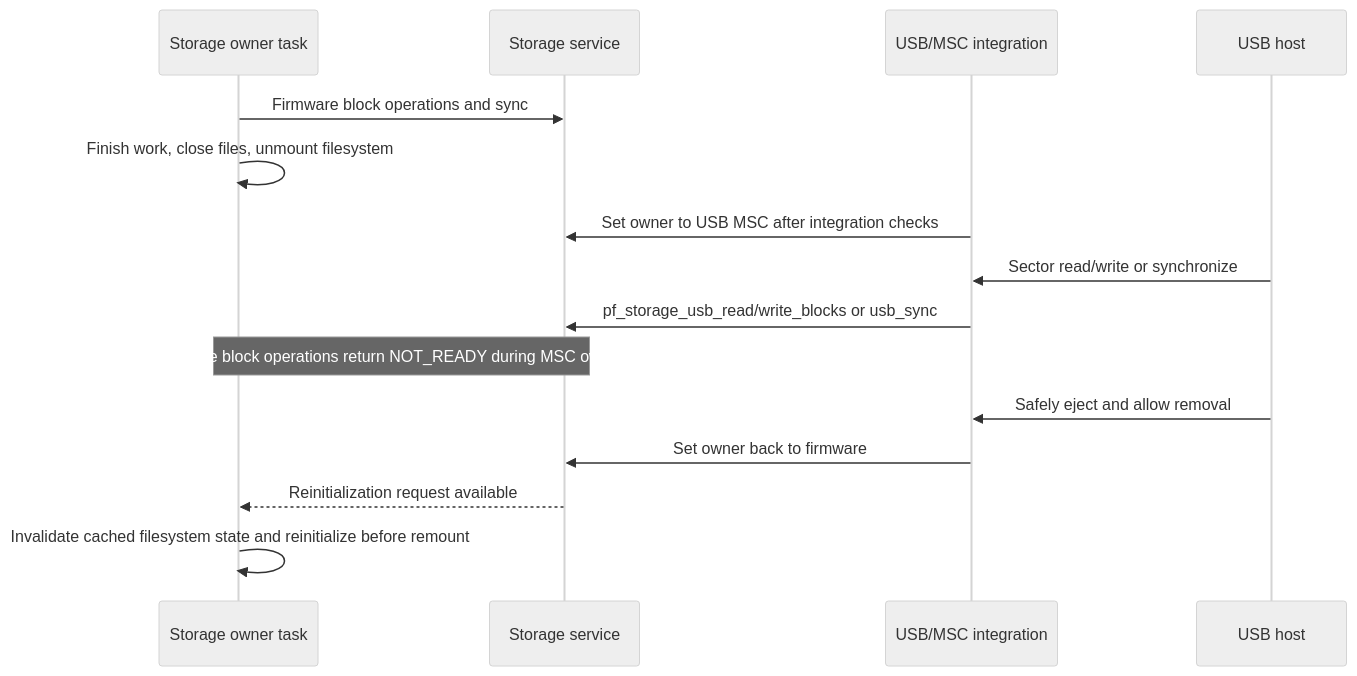
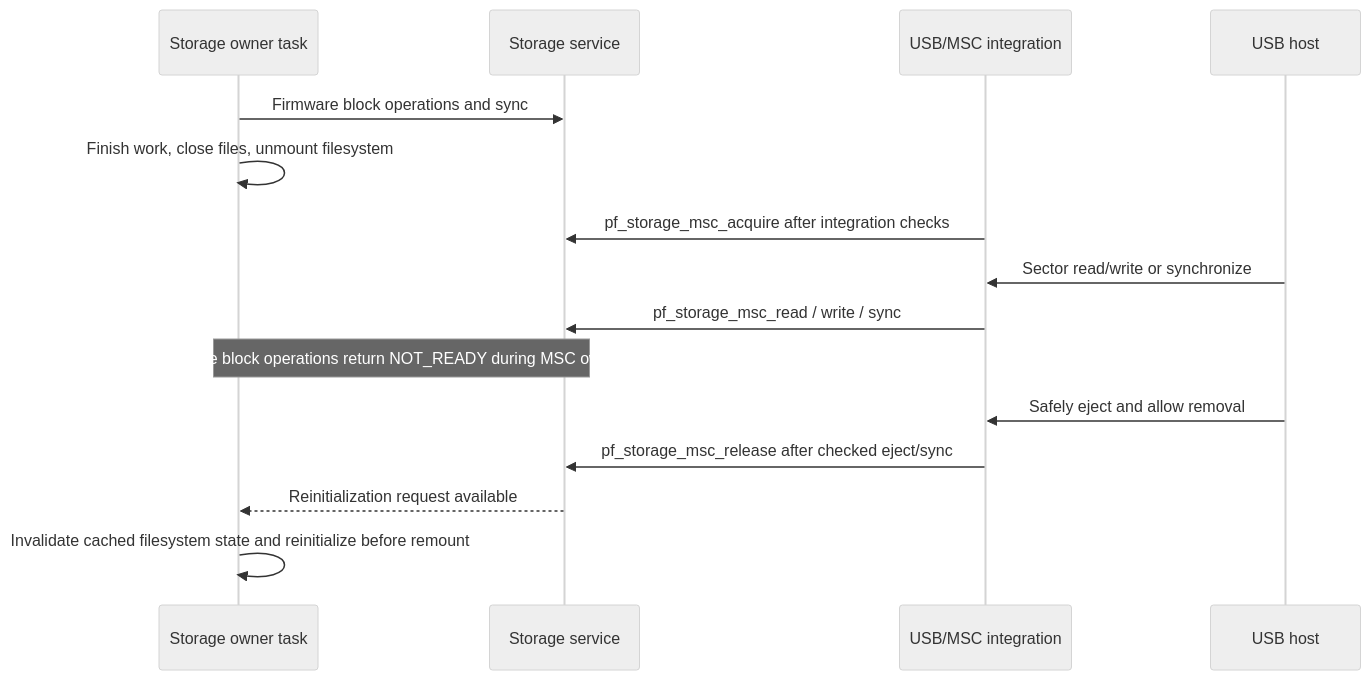
The fifth of 5 diagrams in docs/design/sdcard/sdcard-driver-design.md (djwinter29-oss/PicoForge), drawn with Mermaid (neutral theme) before and after one commit. The commit also changed other lines of this file and 63 other files, not shown here.

````diff
--- a/docs/design/sdcard/sdcard-driver-design.md
+++ b/docs/design/sdcard/sdcard-driver-design.md
@@ -839,17 +861,17 @@
 ```mermaid
 sequenceDiagram
     participant FW as Storage owner task
     participant Card as Storage service
     participant USB as USB/MSC integration
     participant Host as USB host
     FW->>Card: Firmware block operations and sync
     FW->>FW: Finish work, close files, unmount filesystem
-    USB->>Card: Set owner to USB MSC after integration checks
+    USB->>Card: pf_storage_msc_acquire after integration checks
     Host->>USB: Sector read/write or synchronize
-    USB->>Card: pf_storage_usb_read/write_blocks or usb_sync
+    USB->>Card: pf_storage_msc_read / write / sync
     Note over FW,Card: Firmware block operations return NOT_READY during MSC ownership
     Host->>USB: Safely eject and allow removal
-    USB->>Card: Set owner back to firmware
+    USB->>Card: pf_storage_msc_release after checked eject/sync
     Card-->>FW: Reinitialization request available
     FW->>FW: Invalidate cached filesystem state and reinitialize before remount
 ```
````
